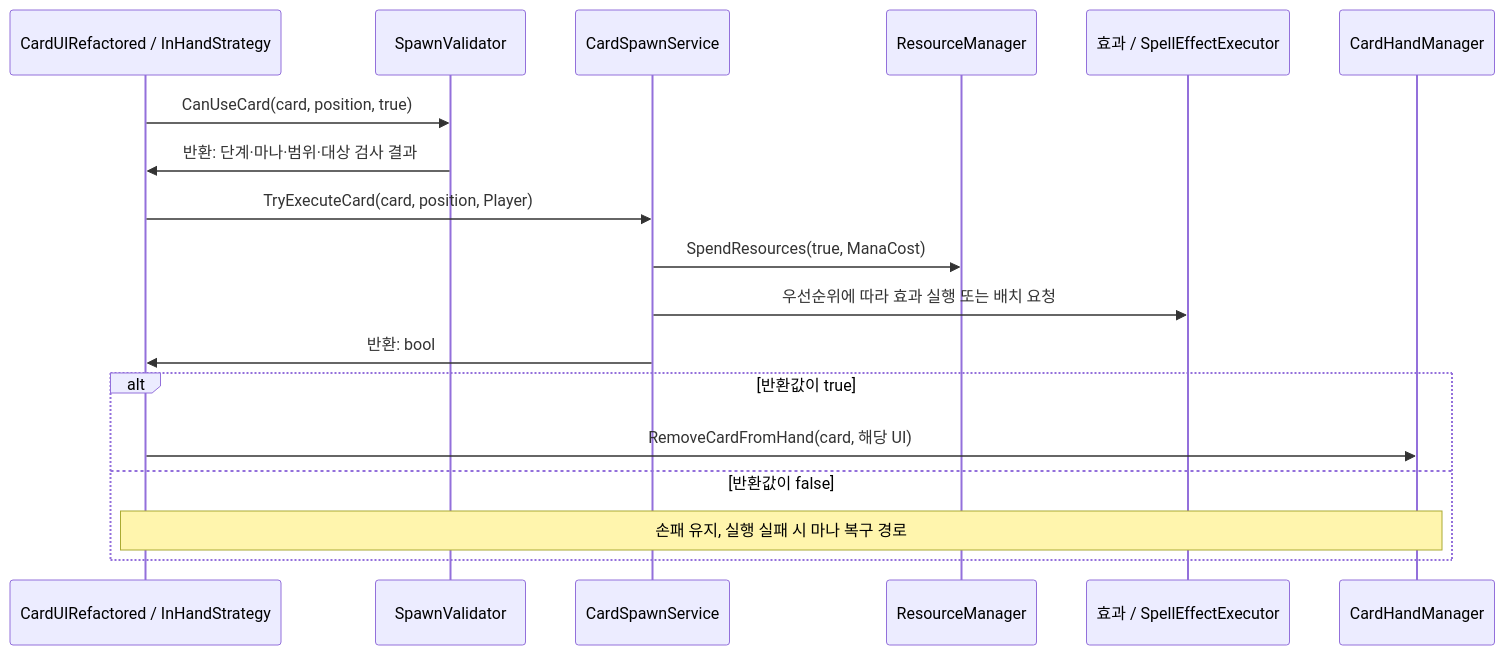
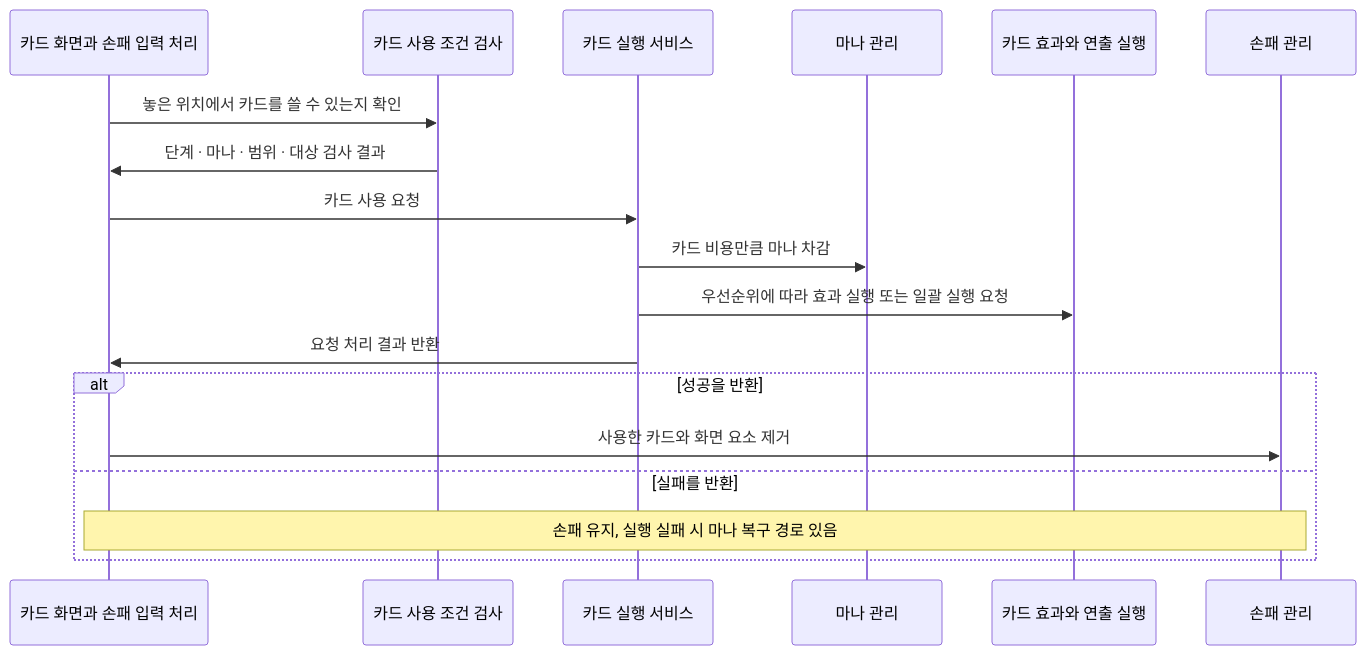
One commit to als79gur49/2025-2TeamProject-code-portfolio changed the third of 4 diagrams in README.md. Above: the diagram before and after it, drawn with Mermaid. The commit also changed other lines of this file, not shown here.

````diff
--- a/README.md
+++ b/README.md
@@ -106,20 +113,20 @@
 ```mermaid
 sequenceDiagram
-    participant UI as CardUIRefactored / InHandStrategy
-    participant V as SpawnValidator
-    participant C as CardSpawnService
-    participant R as ResourceManager
-    participant E as 효과 / SpellEffectExecutor
-    participant H as CardHandManager
-    UI->>V: CanUseCard(card, position, true)
-    V->>UI: 반환: 단계·마나·범위·대상 검사 결과
-    UI->>C: TryExecuteCard(card, position, Player)
-    C->>R: SpendResources(true, ManaCost)
-    C->>E: 우선순위에 따라 효과 실행 또는 배치 요청
-    C->>UI: 반환: bool
-    alt 반환값이 true
-        UI->>H: RemoveCardFromHand(card, 해당 UI)
-    else 반환값이 false
-        Note over UI,H: 손패 유지, 실행 실패 시 마나 복구 경로
+    participant UI as 카드 화면과 손패 입력 처리
+    participant V as 카드 사용 조건 검사
+    participant C as 카드 실행 서비스
+    participant R as 마나 관리
+    participant E as 카드 효과와 연출 실행
+    participant H as 손패 관리
+    UI->>V: 놓은 위치에서 카드를 쓸 수 있는지 확인
+    V->>UI: 단계 · 마나 · 범위 · 대상 검사 결과
+    UI->>C: 카드 사용 요청
+    C->>R: 카드 비용만큼 마나 차감
+    C->>E: 우선순위에 따라 효과 실행 또는 일괄 실행 요청
+    C->>UI: 요청 처리 결과 반환
+    alt 성공을 반환
+        UI->>H: 사용한 카드와 화면 요소 제거
+    else 실패를 반환
+        Note over UI,H: 손패 유지, 실행 실패 시 마나 복구 경로 있음
     end
 ```
````
